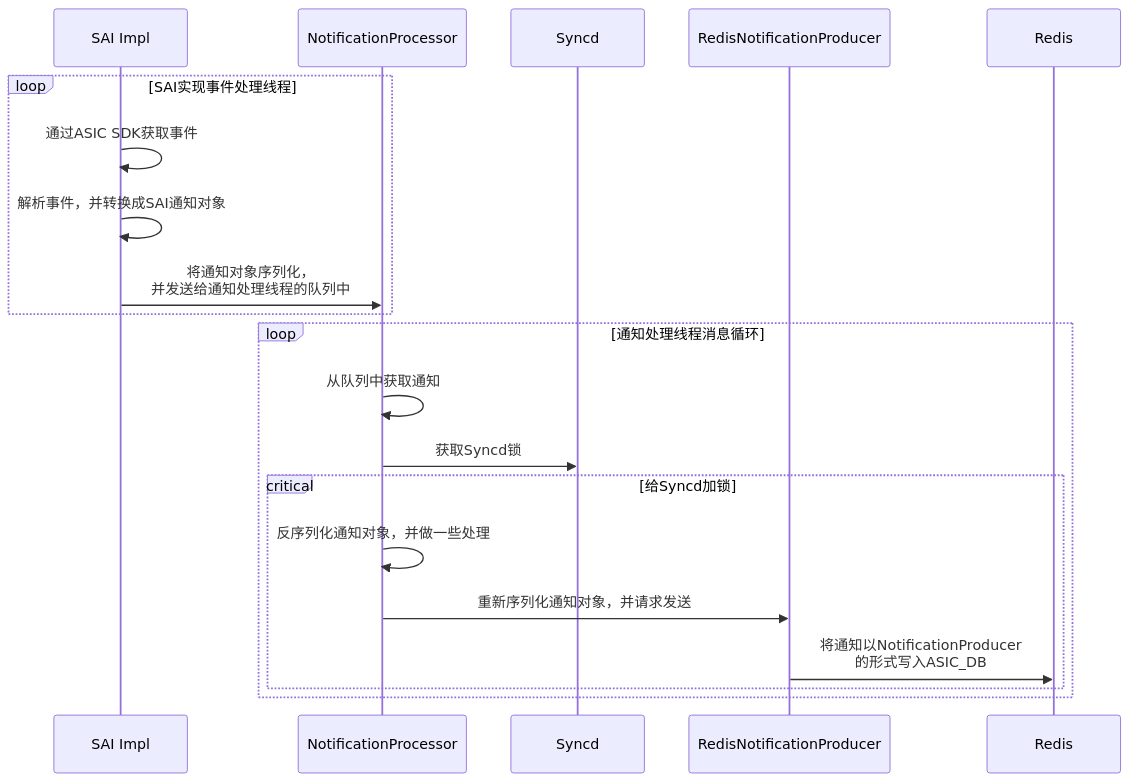
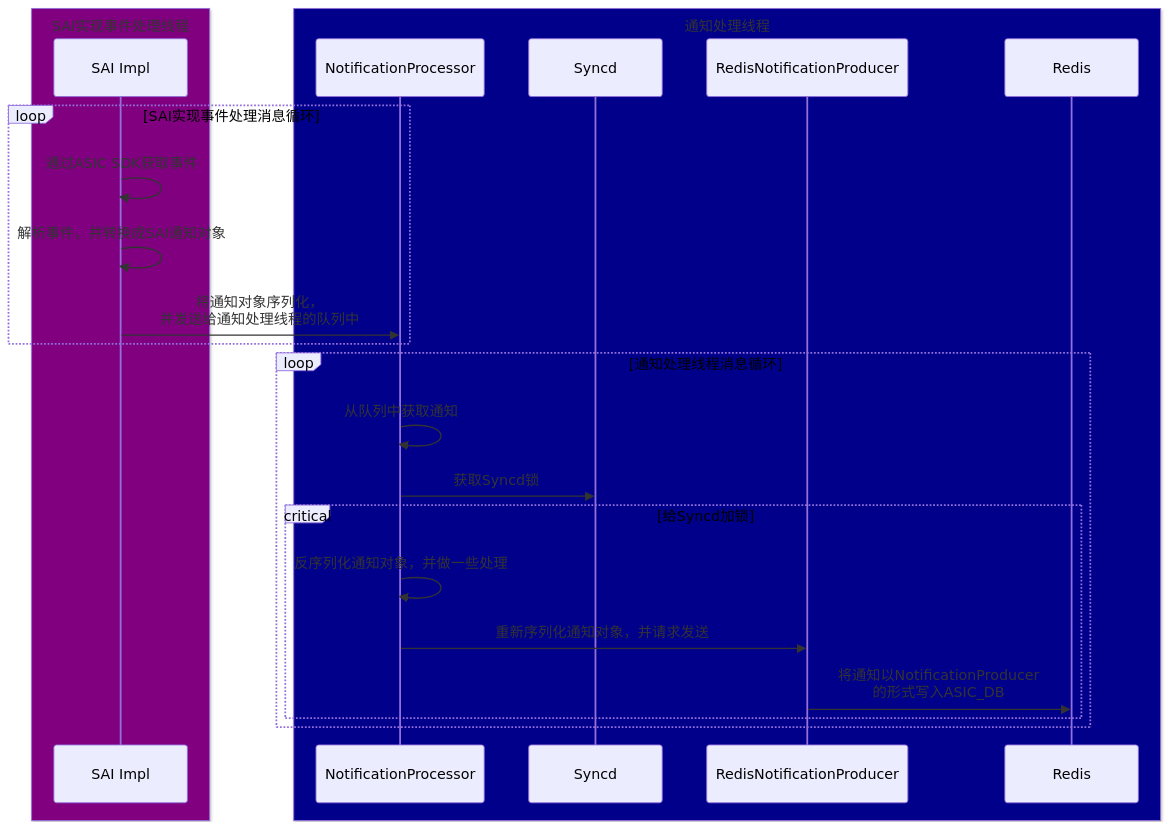
The fourth of 4 diagrams in src/5-1-syncd-sai-workflow.md (r12f/sonic-book), drawn with Mermaid before and after one commit. The commit also changed other lines of this file and 2 other files, not shown here.

Commit message:
Update mermaid to 10.2.3 for box support.

````diff
--- a/src/5-1-syncd-sai-workflow.md
+++ b/src/5-1-syncd-sai-workflow.md
@@ -547,24 +553,28 @@
 ```mermaid
 sequenceDiagram
+    box purple SAI实现事件处理线程
     participant SAI as SAI Impl
+    end
+    box darkblue 通知处理线程
     participant NP as NotificationProcessor
     participant SD as Syncd
     participant RNP as RedisNotificationProducer
     participant R as Redis
+    end
 
-    loop SAI实现事件处理线程
+    loop SAI实现事件处理消息循环
         SAI->>SAI: 通过ASIC SDK获取事件
         SAI->>SAI: 解析事件，并转换成SAI通知对象
         SAI->>NP: 将通知对象序列化，<br/>并发送给通知处理线程的队列中
     end
 
     loop 通知处理线程消息循环
         NP->>NP: 从队列中获取通知
         NP->>SD: 获取Syncd锁
         critical 给Syncd加锁
             NP->>NP: 反序列化通知对象，并做一些处理
             NP->>RNP: 重新序列化通知对象，并请求发送
             RNP->>R: 将通知以NotificationProducer<br/>的形式写入ASIC_DB
         end
     end
 ```
````
